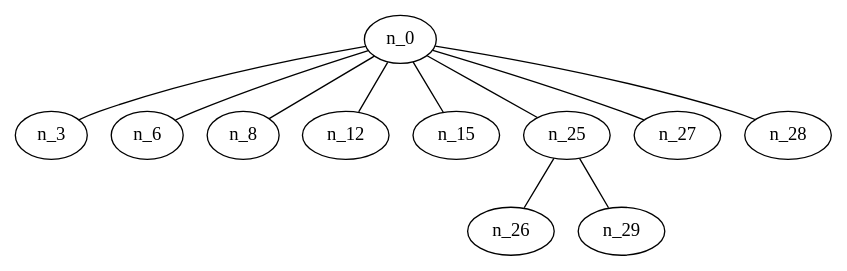
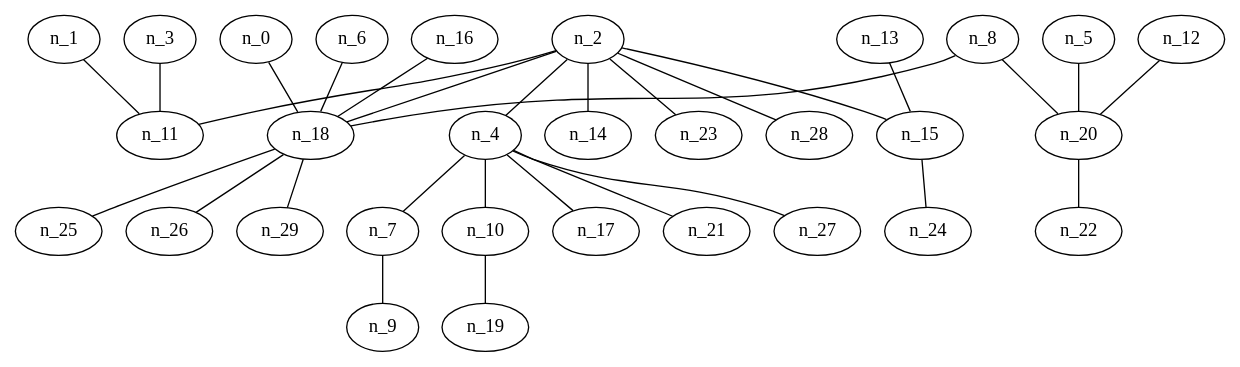
Before and after one commit to AkatzinBH/DAA: the diagram in Proyecto2/30 Nodos/Geografico/grafoGeografico_30_30_BFS.gv, drawn with Graphviz. The commit also changed 3 other files, not shown here.

```diff
--- a/Proyecto2/30 Nodos/Geografico/grafoGeografico_30_30_BFS.gv
+++ b/Proyecto2/30 Nodos/Geografico/grafoGeografico_30_30_BFS.gv
@@ -1,23 +1,61 @@
 graph grafoGeografico_30_30_BFS  {
 n_0;
-n_3;
+n_18;
+n_2;
 n_6;
 n_8;
-n_12;
-n_15;
+n_16;
 n_25;
-n_27;
-n_28;
 n_26;
 n_29;
-n_0 -- n_3;
-n_0 -- n_6;
-n_0 -- n_8;
-n_0 -- n_12;
-n_0 -- n_15;
-n_0 -- n_25;
-n_0 -- n_27;
-n_0 -- n_28;
-n_25 -- n_26;
-n_25 -- n_29;
+n_4;
+n_11;
+n_14;
+n_15;
+n_23;
+n_28;
+n_20;
+n_7;
+n_10;
+n_17;
+n_21;
+n_27;
+n_1;
+n_3;
+n_13;
+n_24;
+n_5;
+n_12;
+n_22;
+n_9;
+n_19;
+n_0 -- n_18;
+n_2 -- n_18;
+n_6 -- n_18;
+n_8 -- n_18;
+n_16 -- n_18;
+n_18 -- n_25;
+n_18 -- n_26;
+n_18 -- n_29;
+n_2 -- n_4;
+n_2 -- n_11;
+n_2 -- n_14;
+n_2 -- n_15;
+n_2 -- n_23;
+n_2 -- n_28;
+n_8 -- n_20;
+n_4 -- n_7;
+n_4 -- n_10;
+n_4 -- n_17;
+n_4 -- n_21;
+n_4 -- n_27;
+n_1 -- n_11;
+n_3 -- n_11;
+n_13 -- n_15;
+n_15 -- n_24;
+n_5 -- n_20;
+n_12 -- n_20;
+n_20 -- n_22;
+n_7 -- n_9;
+n_10 -- n_19;
 }
```
